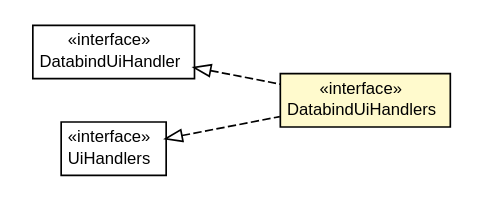
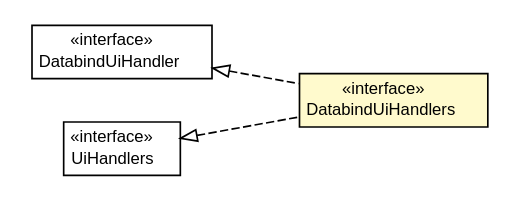
One commit to growbit/turbogwt-gwtp changed the diagram in javadoc/apidocs/org/turbogwt/ext/gwtp/databind/client/DatabindUiHandlers.dot. Above: the diagram before and after it, drawn with Graphviz. The commit also changed 47 other files, not shown here.

```diff
--- a/javadoc/apidocs/org/turbogwt/ext/gwtp/databind/client/DatabindUiHandlers.dot
+++ b/javadoc/apidocs/org/turbogwt/ext/gwtp/databind/client/DatabindUiHandlers.dot
@@ -1,38 +1,38 @@
 #!/usr/local/bin/dot
 #
 # Class diagram 
 # Generated by UMLGraph version R5_6-24-gf6e263 (http://www.umlgraph.org/)
 #
 
 digraph G {
-	edge [fontname="arial",fontsize=10,labelfontname="arial",labelfontsize=10];
-	node [fontname="arial",fontsize=10,shape=plaintext];
+	edge [fontname="Helvetica",fontsize=10,labelfontname="Helvetica",labelfontsize=10];
+	node [fontname="Helvetica",fontsize=10,shape=plaintext];
 	nodesep=0.25;
 	ranksep=0.5;
 	rankdir=LR;
 	// org.turbogwt.ext.gwtp.databind.client.DatabindUiHandlers
 	c22 [label=<<table title="org.turbogwt.ext.gwtp.databind.client.DatabindUiHandlers" border="0" cellborder="1" cellspacing="0" cellpadding="2" port="p" bgcolor="lemonChiffon" href="./DatabindUiHandlers.html">
 		<tr><td><table border="0" cellspacing="0" cellpadding="1">
 <tr><td align="center" balign="center"> &#171;interface&#187; </td></tr>
 <tr><td align="center" balign="center"> DatabindUiHandlers </td></tr>
 		</table></td></tr>
-		</table>>, URL="./DatabindUiHandlers.html", fontname="arial", fontcolor="black", fontsize=10.0];
+		</table>>, URL="./DatabindUiHandlers.html", fontname="Helvetica", fontcolor="black", fontsize=10.0];
 	//org.turbogwt.ext.gwtp.databind.client.DatabindUiHandlers implements org.turbogwt.mvp.databind.client.DatabindUiHandler
 	c23:p -> c22:p [dir=back,arrowtail=empty,style=dashed];
 	//org.turbogwt.ext.gwtp.databind.client.DatabindUiHandlers implements com.gwtplatform.mvp.client.UiHandlers
 	c24:p -> c22:p [dir=back,arrowtail=empty,style=dashed];
 	// org.turbogwt.mvp.databind.client.DatabindUiHandler
 	c23 [label=<<table title="org.turbogwt.mvp.databind.client.DatabindUiHandler" border="0" cellborder="1" cellspacing="0" cellpadding="2" port="p">
 		<tr><td><table border="0" cellspacing="0" cellpadding="1">
 <tr><td align="center" balign="center"> &#171;interface&#187; </td></tr>
 <tr><td align="center" balign="center"> DatabindUiHandler </td></tr>
 		</table></td></tr>
-		</table>>, URL="null", fontname="arial", fontcolor="black", fontsize=10.0];
+		</table>>, URL="null", fontname="Helvetica", fontcolor="black", fontsize=10.0];
 	// com.gwtplatform.mvp.client.UiHandlers
 	c24 [label=<<table title="com.gwtplatform.mvp.client.UiHandlers" border="0" cellborder="1" cellspacing="0" cellpadding="2" port="p">
 		<tr><td><table border="0" cellspacing="0" cellpadding="1">
 <tr><td align="center" balign="center"> &#171;interface&#187; </td></tr>
 <tr><td align="center" balign="center"> UiHandlers </td></tr>
 		</table></td></tr>
-		</table>>, URL="null", fontname="arial", fontcolor="black", fontsize=10.0];
+		</table>>, URL="null", fontname="Helvetica", fontcolor="black", fontsize=10.0];
 }
```
